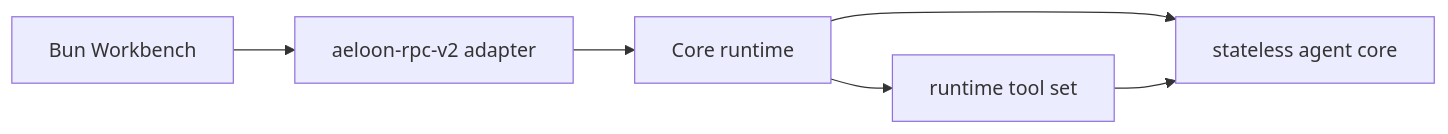
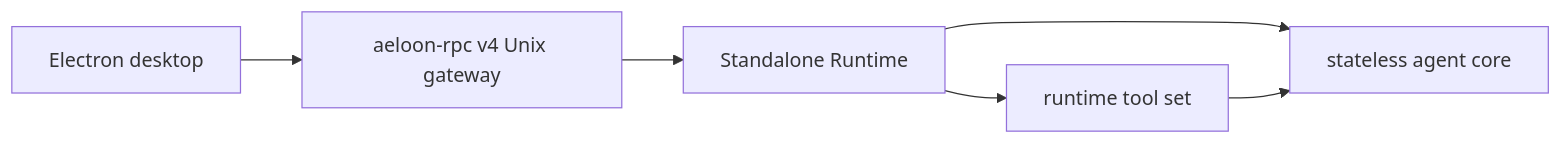
One commit to AetherHeart-AI/Aeloon-runtime changed the diagram in docs/architecture.md. Above: the diagram before and after it, drawn with Mermaid. The commit also changed other lines of this file and 216 other files, not shown here.

First line of the commit message:
feat(runtime)!: deployable Runtime with RPC 4, remote transport and pairing

````diff
--- a/docs/architecture.md
+++ b/docs/architecture.md
@@ -6,8 +6,8 @@
 ```mermaid
 flowchart LR
-    Workbench["Bun Workbench"] --> RPC["aeloon-rpc-v2 adapter"]
-    RPC --> Runtime["Core runtime"]
+    Desktop["Electron desktop"] --> RPC["aeloon-rpc v4 Unix gateway"]
+    RPC --> Runtime["Standalone Runtime"]
     Runtime --> Agent["stateless agent core"]
     Runtime --> Tools["runtime tool set"]
     Tools --> Agent
 ```
````
